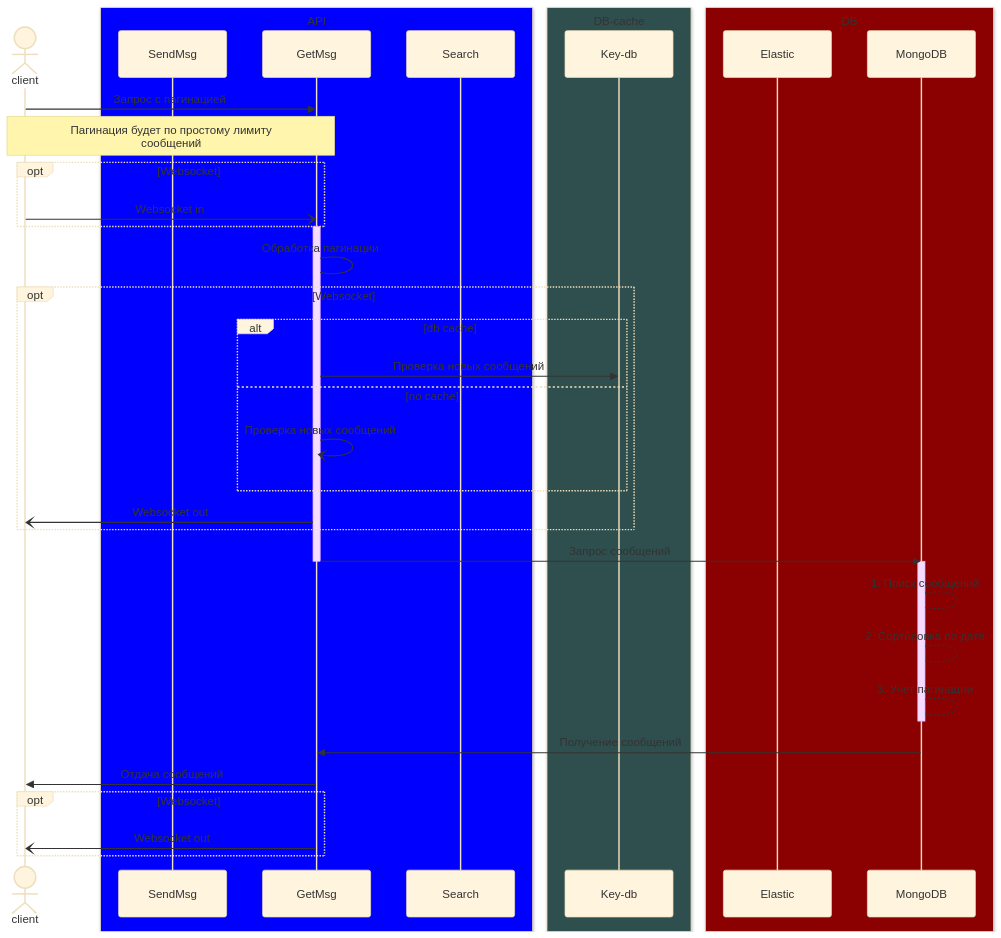
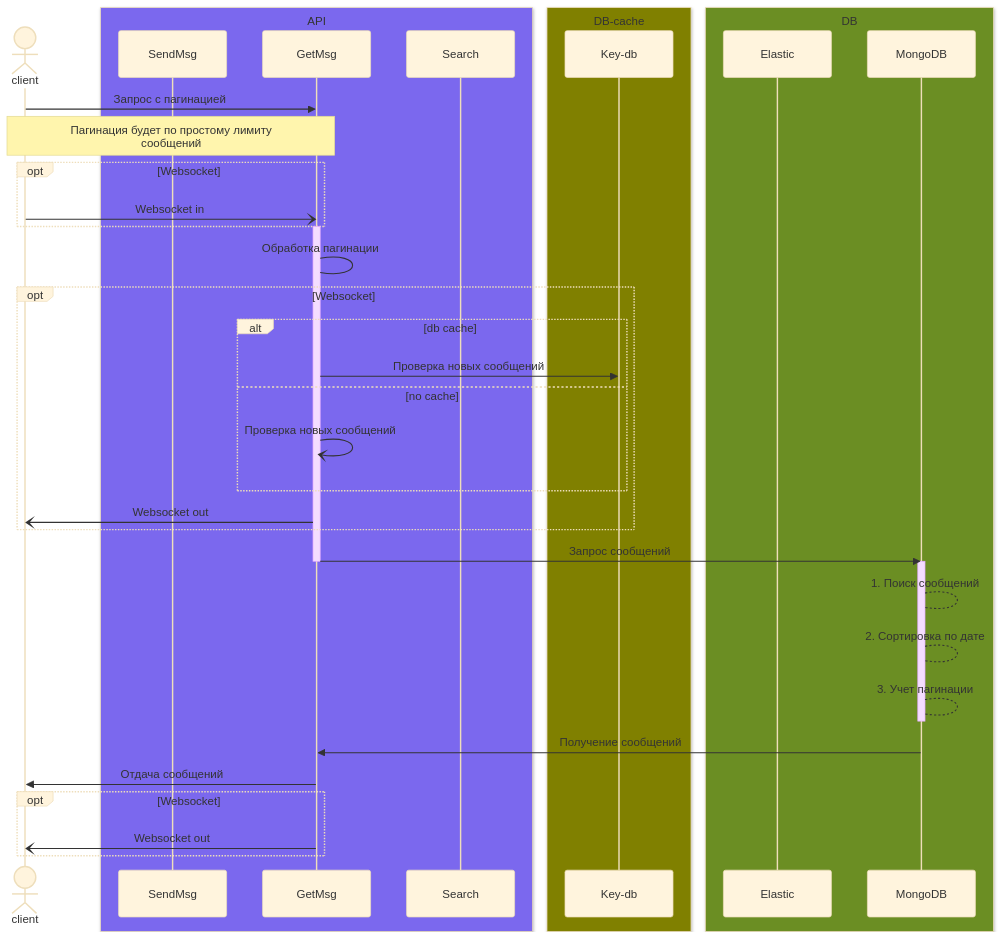
The second of 3 diagrams in README.md (protaxY/NoSQL_study), drawn with Mermaid (base theme) before and after one commit. The commit also changed other lines of this file, not shown here.

````diff
--- a/README.md
+++ b/README.md
@@ -63,58 +64,58 @@
 ```mermaid
 sequenceDiagram
     actor client
 
-    box Blue API
+    box MediumSlateBlue API
         participant SendMsg
         participant GetMsg
         participant Search
     end
 
-    box DarkSlateGray DB-cache
+    box Olive DB-cache
         participant Key-db
     end
 
-    box DarkRed DB
+    box OliveDrab DB
         participant Elastic 
         participant MongoDB
     end
 
     client ->> GetMsg: Запрос с пагинацией
     Note over client,GetMsg: Пагинация будет по простому лимиту<br/>сообщений
     opt Websocket
         client -) GetMsg: Websocket in
         
     end
 
     activate GetMsg
 
     GetMsg -> GetMsg: Обработка пагинации
     opt Websocket
         alt db cache 
             GetMsg ->> Key-db: Проверка новых сообщений
         else no cache
             GetMsg -) GetMsg: Проверка новых сообщений
         end
         GetMsg -) client: Websocket out
         
     end
     GetMsg ->> MongoDB: Запрос сообщений
 
     deactivate GetMsg
 
     activate  MongoDB
 
     MongoDB --> MongoDB: 1. Поиск сообщений
     MongoDB --> MongoDB: 2. Сортировка по дате
     MongoDB --> MongoDB: 3. Учет пагинации
 
     deactivate MongoDB
 
     MongoDB ->> GetMsg: Получение сообщений
 
     GetMsg ->> client: Отдача сообщений
     opt Websocket
        GetMsg -) client: Websocket out
     end
 
 ```
````
